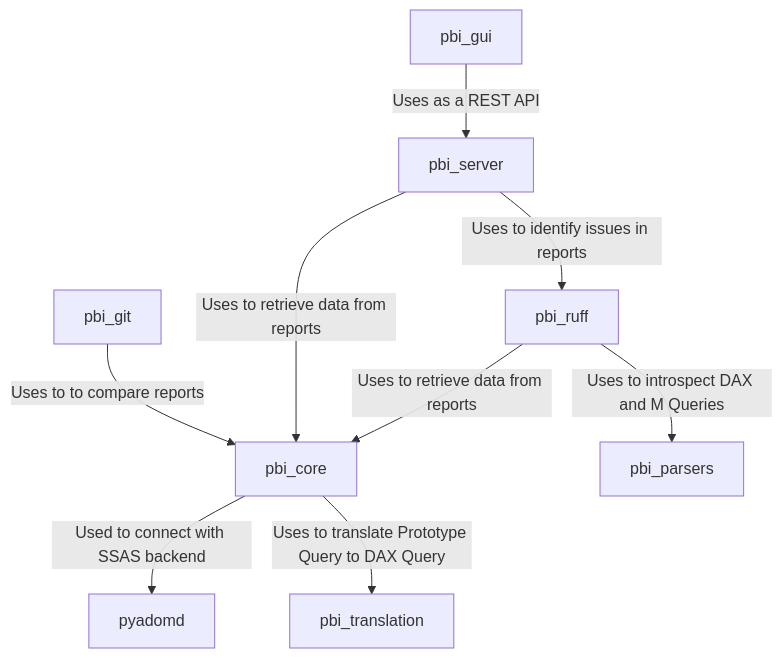
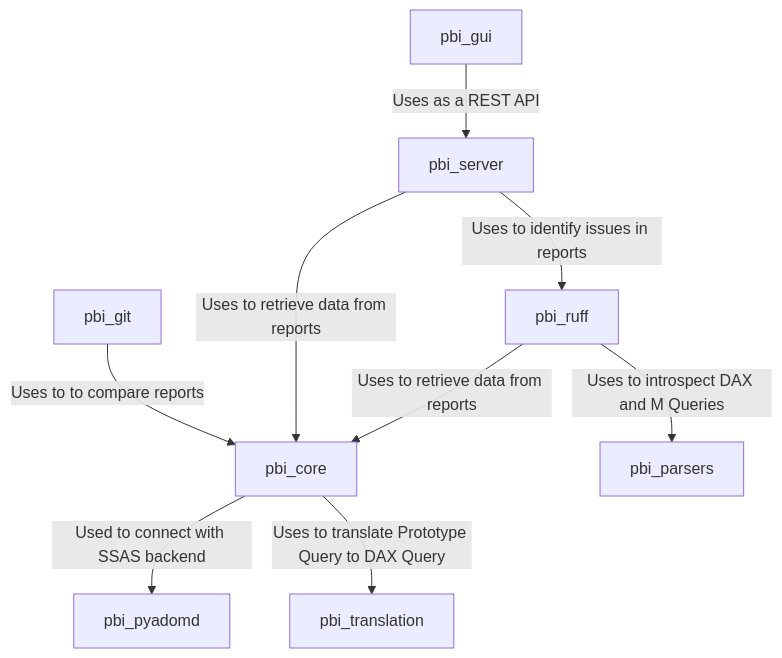
One commit to douglassimonsen/pbi_core changed the first of 2 diagrams in docs/docs/general/ecosystem.md. Above: the diagram before and after it, drawn with Mermaid. The commit also changed other lines of this file, not shown here.

Commit message:
Updated docs with a new package name

````diff
--- a/docs/docs/general/ecosystem.md
+++ b/docs/docs/general/ecosystem.md
@@ -20,20 +20,20 @@
 ```mermaid
 flowchart TD
     pbi_server
     pbi_gui
     pbi_core
     pbi_ruff
-    pyadomd
+    pbi_pyadomd
     pbi_translation
     pbi_parsers
     pbi_git
 
     pbi_git -- Uses to to compare reports --> pbi_core
     pbi_gui -- Uses as a REST API --> pbi_server
     pbi_server -- Uses to retrieve data from reports --> pbi_core
     pbi_server -- Uses to identify issues in reports --> pbi_ruff
     pbi_ruff -- Uses to retrieve data from reports --> pbi_core
-    pbi_core -- Used to connect with SSAS backend --> pyadomd
+    pbi_core -- Used to connect with SSAS backend --> pbi_pyadomd
     pbi_core -- Uses to translate Prototype Query to DAX Query --> pbi_translation
     pbi_ruff -- Uses to introspect DAX and M Queries --> pbi_parsers
 ```
````
